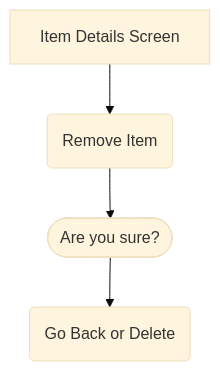
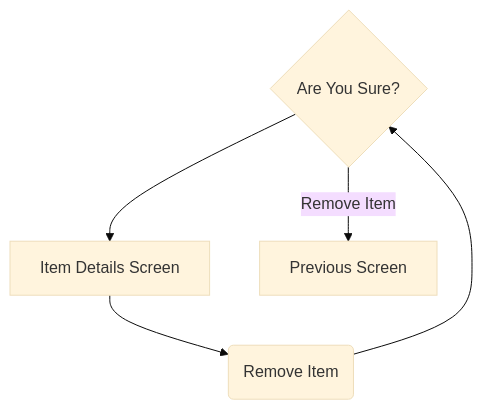
The third of 3 diagrams in Project_Ideas/Stoof/index.md (Corey255A1/Notes), drawn with Mermaid (base theme) before and after one commit. The commit also changed 2 other files, not shown here.

Commit message:
Tweaks and adding research section

````diff
--- a/Project_Ideas/Stoof/index.md
+++ b/Project_Ideas/Stoof/index.md
@@ -44,4 +44,7 @@
 ``` mermaid
 flowchart
-Start[Item Details Screen]-->remove(Remove Item)-->areyousure([Are you sure?])-->goback/remove(Go Back or Delete)
+areyousure@{ shape: diamond, label: "Are You Sure?" }
+areyousure-->start
+areyousure--Remove Item-->mainscreen[Previous Screen]
+start[Item Details Screen]-->remove(Remove Item)-->areyousure
 ```
````
